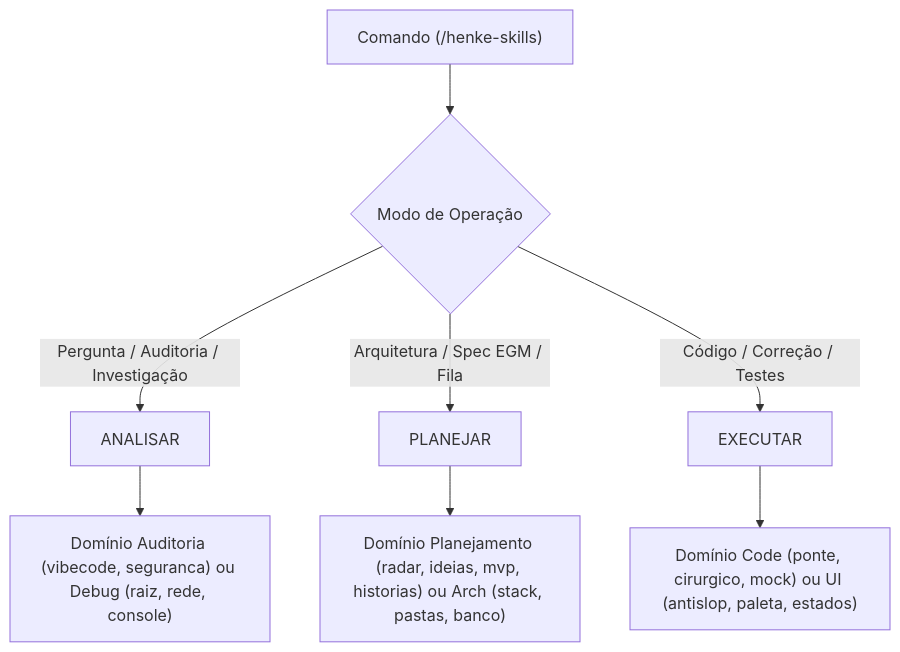
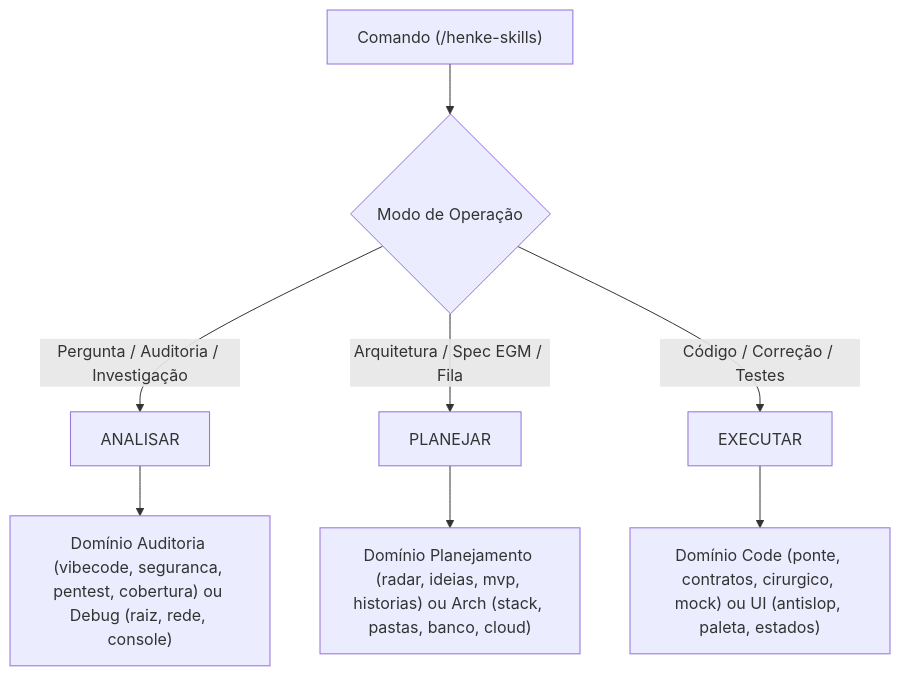
Before and after one commit to erickhenke2-eng/henke-skills-vibecoding: the diagram in henke-skills/SKILL.md, drawn with Mermaid. The commit also changed other lines of this file and 20 other files, not shown here.

````diff
--- a/henke-skills/SKILL.md
+++ b/henke-skills/SKILL.md
@@ -58,11 +58,11 @@
 ```mermaid
 flowchart TD
     U["Comando (/henke-skills)"] --> M{"Modo de Operação"}
     M -->|"Pergunta / Auditoria / Investigação"| MA["ANALISAR"]
     M -->|"Arquitetura / Spec EGM / Fila"| MP["PLANEJAR"]
     M -->|"Código / Correção / Testes"| ME["EXECUTAR"]
 
-    MA --> D_AUD["Domínio Auditoria (vibecode, seguranca) ou Debug (raiz, rede, console)"]
-    MP --> D_PLAN["Domínio Planejamento (radar, ideias, mvp, historias) ou Arch (stack, pastas, banco)"]
-    ME --> D_CODE["Domínio Code (ponte, cirurgico, mock) ou UI (antislop, paleta, estados)"]
+    MA --> D_AUD["Domínio Auditoria (vibecode, seguranca, pentest, cobertura) ou Debug (raiz, rede, console)"]
+    MP --> D_PLAN["Domínio Planejamento (radar, ideias, mvp, historias) ou Arch (stack, pastas, banco, cloud)"]
+    ME --> D_CODE["Domínio Code (ponte, contratos, cirurgico, mock) ou UI (antislop, paleta, estados)"]
 ```
````
